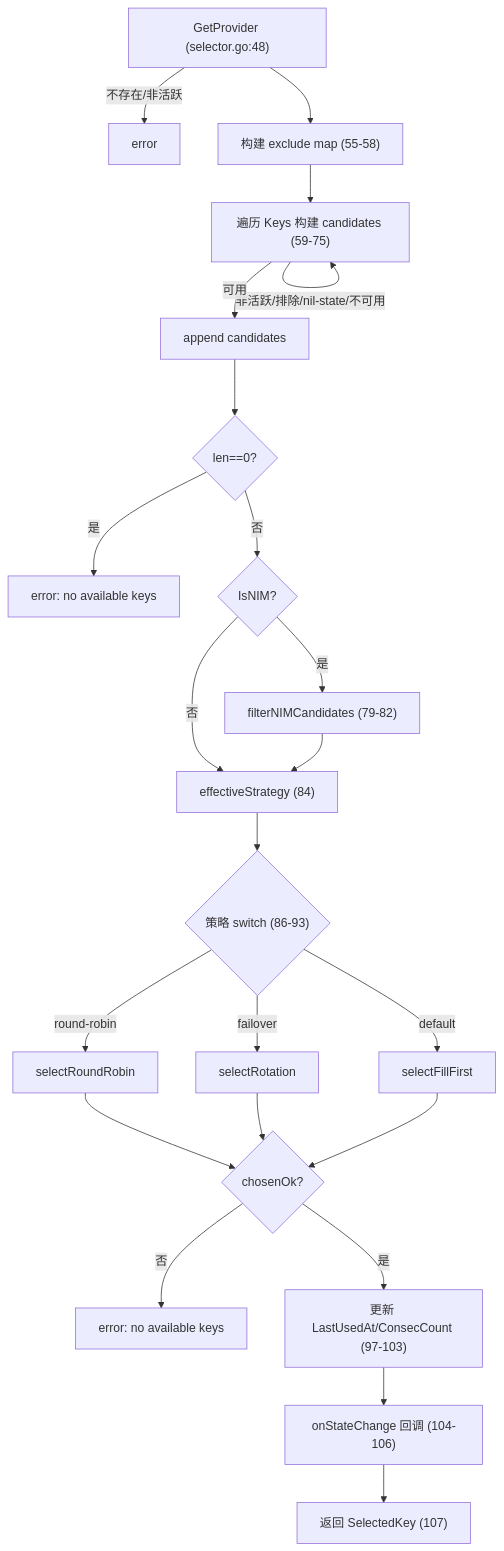
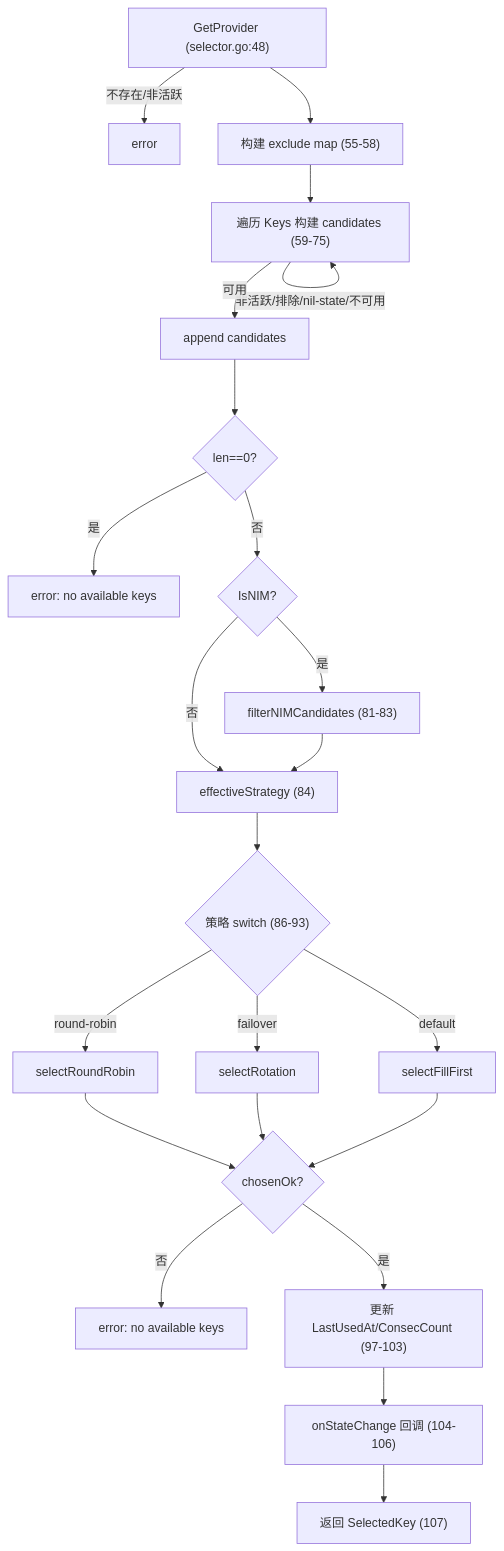
The second of 4 diagrams in docs/rotation-architecture.md (Darkstarrd-dev/tinyrouter), drawn with Mermaid before and after one commit. The commit also changed other lines of this file and 56 other files, not shown here.

````diff
--- a/docs/rotation-architecture.md
+++ b/docs/rotation-architecture.md
@@ -156,25 +156,25 @@
 ```mermaid
 flowchart TD
     A["GetProvider (selector.go:48)"] -->|"不存在/非活跃"| E1["error"]
     A --> B["构建 exclude map (55-58)"]
     B --> C["遍历 Keys 构建 candidates (59-75)"]
     C -->|"非活跃/排除/nil-state/不可用"| C
     C -->|"可用"| D["append candidates"]
     D --> F{"len==0?"}
     F -->|"是"| E2["error: no available keys"]
     F -->|"否"| G{"IsNIM?"}
-    G -->|"是"| H["filterNIMCandidates (79-82)"]
+    G -->|"是"| H["filterNIMCandidates (81-83)"]
     G -->|"否"| I["effectiveStrategy (84)"]
     H --> I
     I --> J{"策略 switch (86-93)"}
     J -->|"round-robin"| K1["selectRoundRobin"]
     J -->|"failover"| K2["selectRotation"]
     J -->|"default"| K3["selectFillFirst"]
     K1 --> L{"chosenOk?"}
     K2 --> L
     K3 --> L
     L -->|"否"| E3["error: no available keys"]
     L -->|"是"| M["更新 LastUsedAt/ConsecCount (97-103)"]
     M --> N["onStateChange 回调 (104-106)"]
     N --> O["返回 SelectedKey (107)"]
 ```
````
